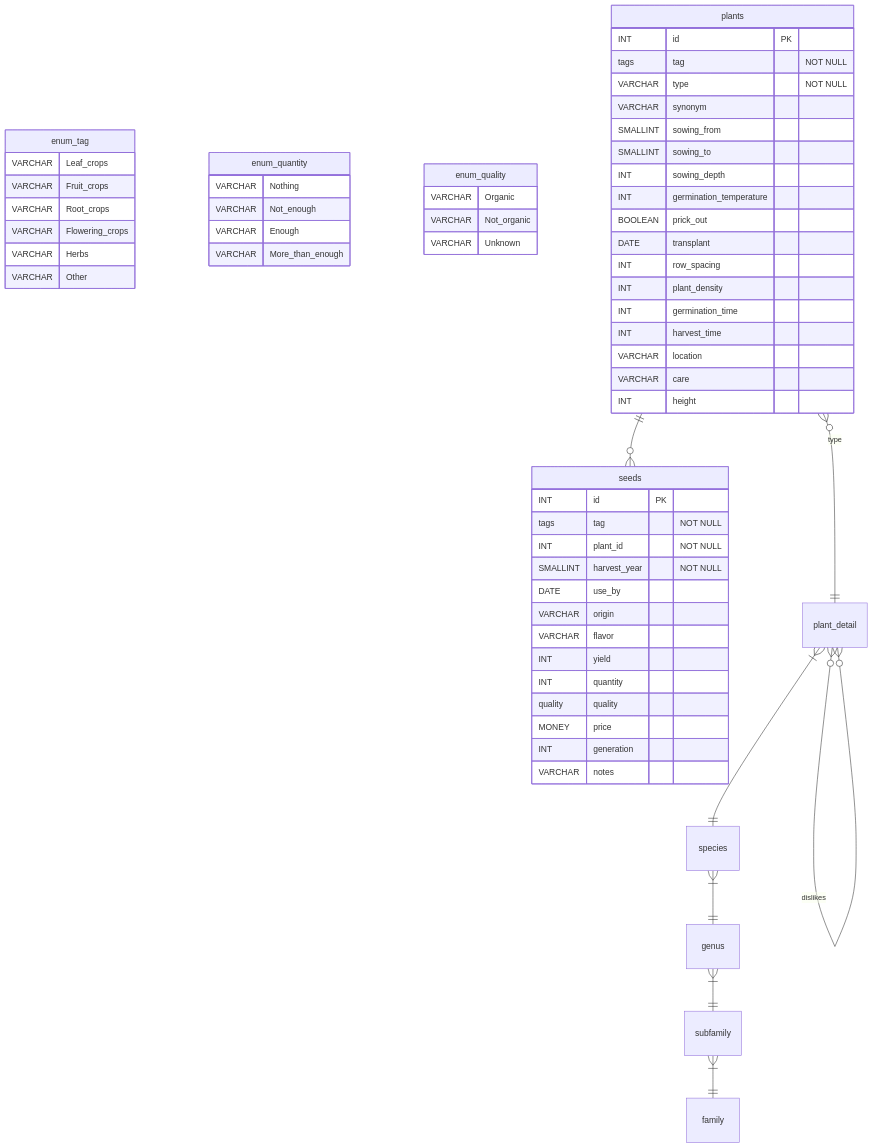
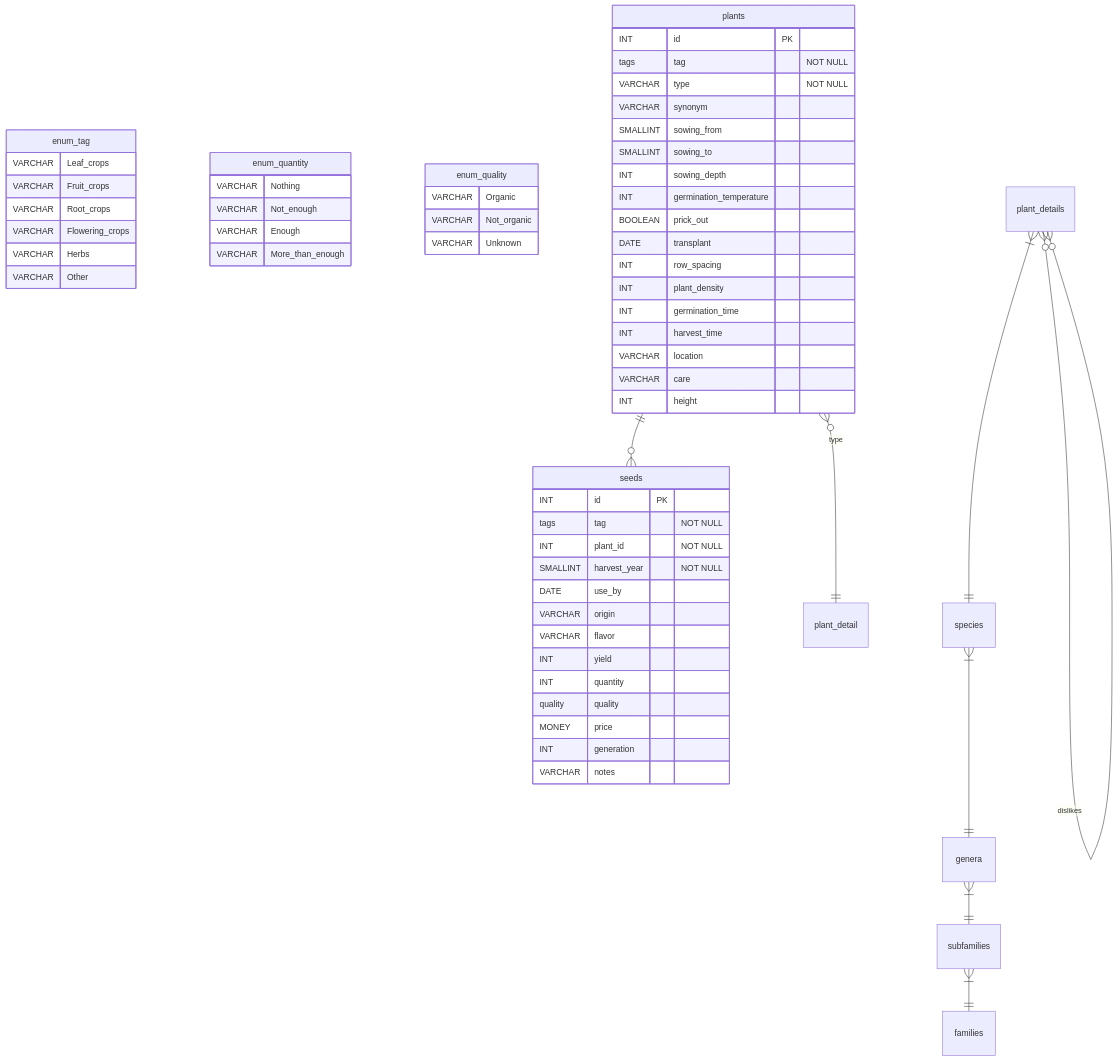
Before and after one commit to ElektraInitiative/PermaplanT: the diagram in doc/architecture/database_schemata.md, drawn with Mermaid. The commit also changed other lines of this file, not shown here.

Commit message:
Changes tables in singular to plural

````diff
--- a/doc/architecture/database_schemata.md
+++ b/doc/architecture/database_schemata.md
@@ -9,85 +9,85 @@
 ```mermaid
 erDiagram
 
 enum_tag {
   VARCHAR Leaf_crops
   VARCHAR Fruit_crops
   VARCHAR Root_crops
   VARCHAR Flowering_crops
   VARCHAR Herbs
   VARCHAR Other
 }
 
 enum_quantity {
   VARCHAR Nothing
   VARCHAR Not_enough
   VARCHAR Enough
   VARCHAR More_than_enough
 }
 
 enum_quality {
   VARCHAR Organic
   VARCHAR Not_organic
   VARCHAR Unknown
 }
 
 seeds {
   INT id PK
   tags tag "NOT NULL"
   INT plant_id "NOT NULL"
   SMALLINT harvest_year "NOT NULL"
   DATE use_by
   VARCHAR origin
   VARCHAR flavor
   INT yield
   INT quantity
   quality quality
   MONEY price
   INT generation
   VARCHAR notes
 }
 
 plants {
   INT id PK
   tags tag "NOT NULL"
   VARCHAR type "NOT NULL"
   VARCHAR synonym
   SMALLINT sowing_from
   SMALLINT sowing_to
   INT sowing_depth
   INT germination_temperature
   BOOLEAN prick_out
   DATE transplant
   INT row_spacing
   INT plant_density
   INT germination_time
   INT harvest_time
   VARCHAR location
   VARCHAR care
   INT height
 }
 
-plant_detail{}
+plant_details{}
 
 plants }o--|| plant_detail: "type"
 
 plants ||--o{ seeds : ""
 
-plant_detail }o--o{ plant_detail: "likes"
+plant_details }o--o{ plant_details: "likes"
 
-plant_detail }o--o{ plant_detail: "dislikes"
+plant_details }o--o{ plant_details: "dislikes"
 
 species{}
-genus{}
-subfamily{}
-family{}
+genera{}
+subfamilies{}
+families{}
 
-plant_detail }|--|| species : ""
-species }|--|| genus : ""
-genus }|--|| subfamily : ""
-subfamily }|--|| family : ""
+plant_details }|--|| species : ""
+species }|--|| genera : ""
+genera }|--|| subfamilies : ""
+subfamilies }|--|| families : ""
 
 
 
 
 ```
````
